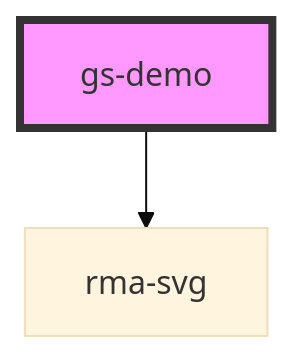
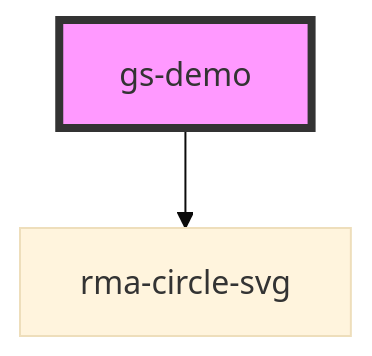
One commit to gsiwatch/web-component changed the diagram in src/components/demo-component/readme.md. Above: the diagram before and after it, drawn with Mermaid (base theme). The commit also changed other lines of this file and 4 other files, not shown here.

````diff
--- a/src/components/demo-component/readme.md
+++ b/src/components/demo-component/readme.md
@@ -25,5 +25,5 @@
 ```mermaid
 graph TD;
-  gs-demo --> rma-svg
+  gs-demo --> rma-circle-svg
   style gs-demo fill:#f9f,stroke:#333,stroke-width:4px
 ```
````
